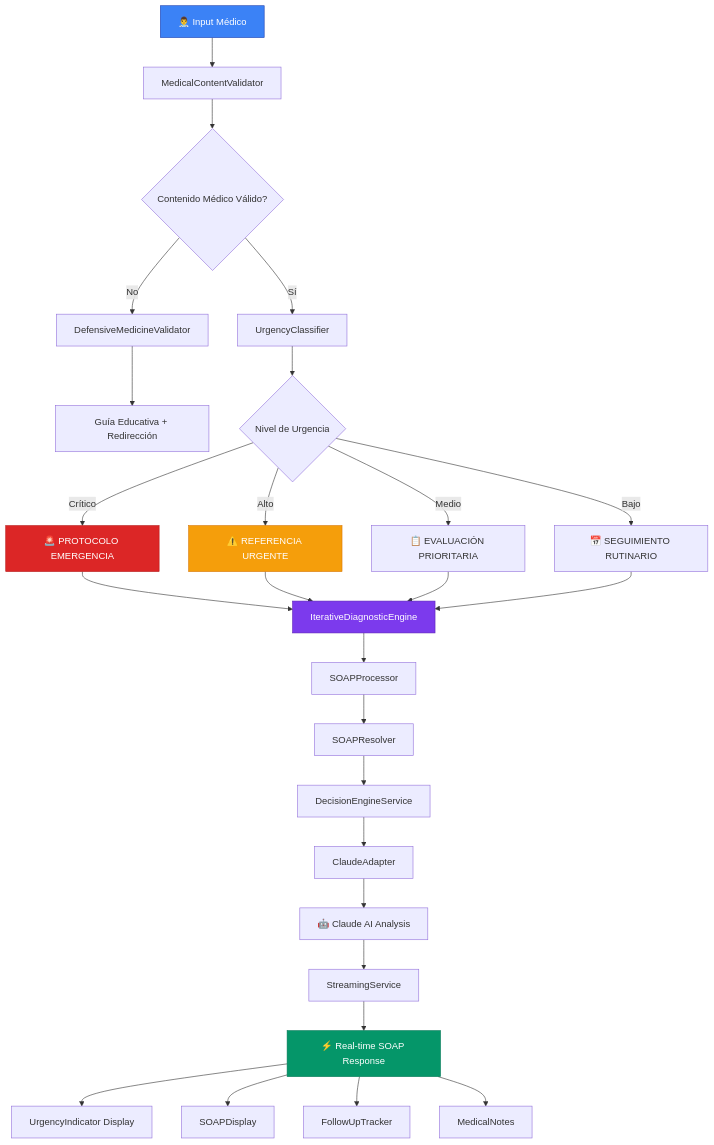
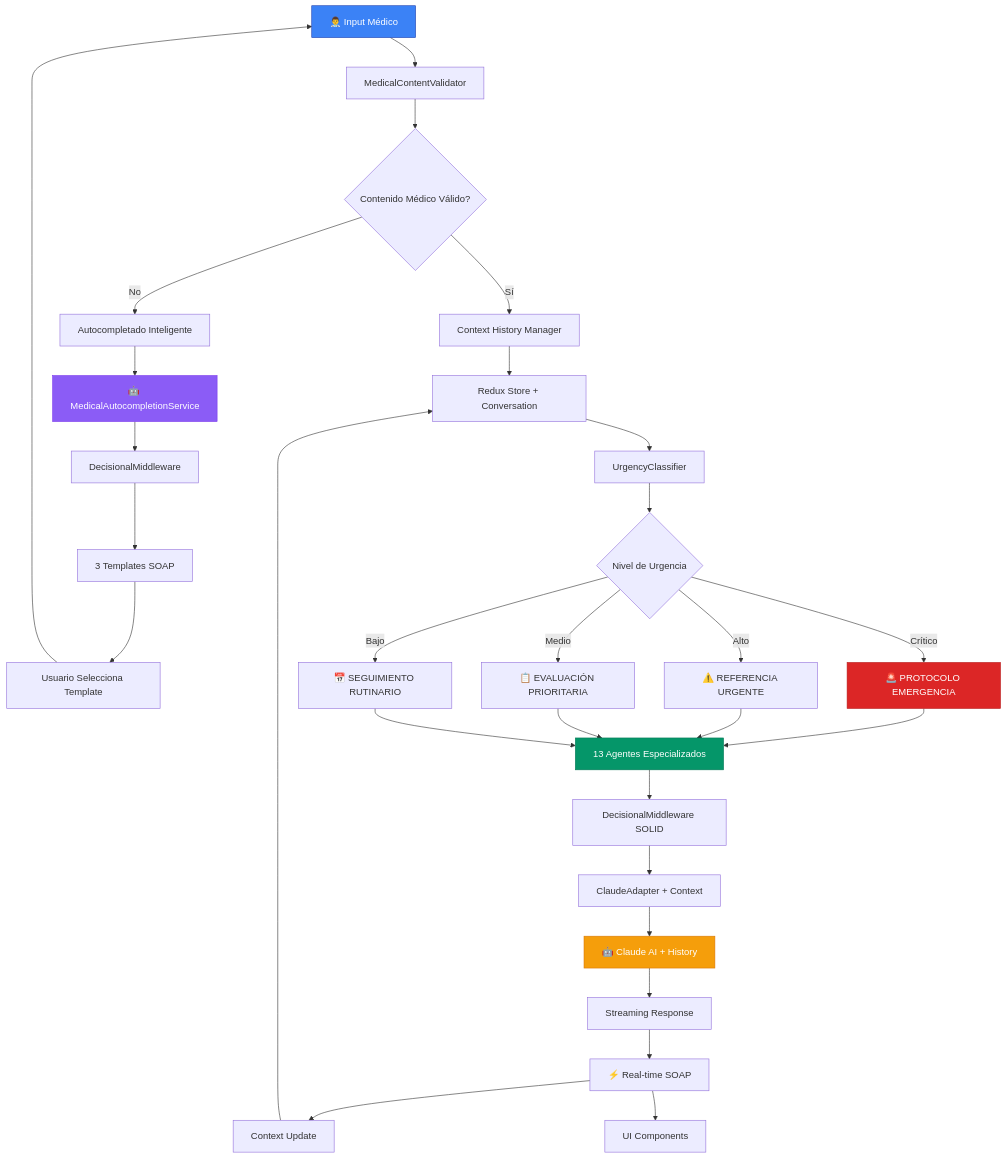
Before and after one commit to BernardUriza/redux-claude: the second of 4 diagrams in README.md, drawn with Mermaid. The commit also changed other lines of this file and 13 other files, not shown here.

First line of the commit message:
🚀 SISTEMA MÉDICO COGNITIVO FINAL - Arquitectura SOLID + Contexto Inteligente

````diff
--- a/README.md
+++ b/README.md
@@ -174,41 +173,43 @@
 ```mermaid
 flowchart TD
     A[👨‍⚕️ Input Médico] --> B[MedicalContentValidator]
     B --> C{Contenido Médico Válido?}
     
-    C -->|No| D[DefensiveMedicineValidator]
-    D --> E[Guía Educativa + Redirección]
+    C -->|No| D[Autocompletado Inteligente]
+    D --> E[🤖 MedicalAutocompletionService]
+    E --> F[DecisionalMiddleware]
+    F --> G[3 Templates SOAP]
+    G --> H[Usuario Selecciona Template]
+    H --> A
     
-    C -->|Sí| F[UrgencyClassifier]
-    F --> G{Nivel de Urgencia}
+    C -->|Sí| I[Context History Manager]
+    I --> J[Redux Store + Conversation]
+    J --> K[UrgencyClassifier]
+    K --> L{Nivel de Urgencia}
     
-    G -->|Crítico| H[🚨 PROTOCOLO EMERGENCIA]
-    G -->|Alto| I[⚠️ REFERENCIA URGENTE]
-    G -->|Medio| J[📋 EVALUACIÓN PRIORITARIA]
-    G -->|Bajo| K[📅 SEGUIMIENTO RUTINARIO]
+    L -->|Crítico| M[🚨 PROTOCOLO EMERGENCIA]
+    L -->|Alto| N[⚠️ REFERENCIA URGENTE] 
+    L -->|Medio| O[📋 EVALUACIÓN PRIORITARIA]
+    L -->|Bajo| P[📅 SEGUIMIENTO RUTINARIO]
     
-    H --> L[IterativeDiagnosticEngine]
-    I --> L
-    J --> L
-    K --> L
+    M --> Q[13 Agentes Especializados]
+    N --> Q
+    O --> Q
+    P --> Q
     
-    L --> M[SOAPProcessor]
-    M --> N[SOAPResolver]
-    N --> O[DecisionEngineService]
+    Q --> R[DecisionalMiddleware SOLID]
+    R --> S[ClaudeAdapter + Context]
+    S --> T[🤖 Claude AI + History]
+    T --> U[Streaming Response]
+    U --> V[⚡ Real-time SOAP]
     
-    O --> P[ClaudeAdapter]
-    P --> Q[🤖 Claude AI Analysis]
-    Q --> R[StreamingService]
-    R --> S[⚡ Real-time SOAP Response]
-    
-    S --> T[UrgencyIndicator Display]
-    S --> U[SOAPDisplay]
-    S --> V[FollowUpTracker]
-    S --> W[MedicalNotes]
+    V --> W[Context Update]
+    W --> J
+    V --> X[UI Components]
     
     style A fill:#3b82f6,stroke:#1e40af,color:#fff
-    style H fill:#dc2626,stroke:#b91c1c,color:#fff
-    style I fill:#f59e0b,stroke:#d97706,color:#fff
-    style L fill:#7c3aed,stroke:#5b21b6,color:#fff
-    style S fill:#059669,stroke:#047857,color:#fff
+    style E fill:#8b5cf6,stroke:#7c3aed,color:#fff
+    style M fill:#dc2626,stroke:#b91c1c,color:#fff
+    style Q fill:#059669,stroke:#047857,color:#fff
+    style T fill:#f59e0b,stroke:#d97706,color:#fff
 ```
````
